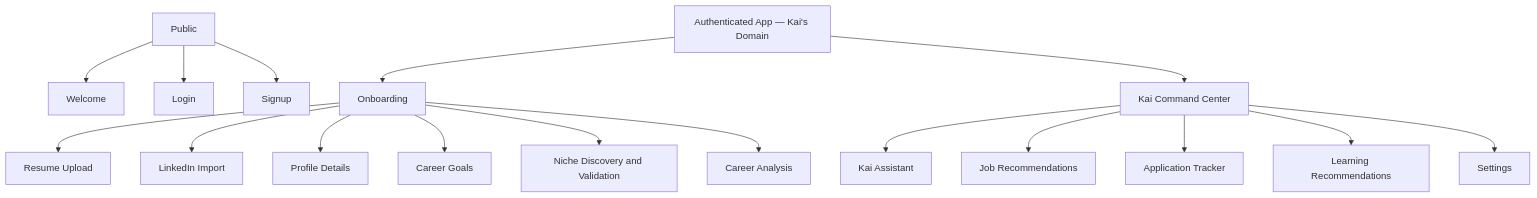
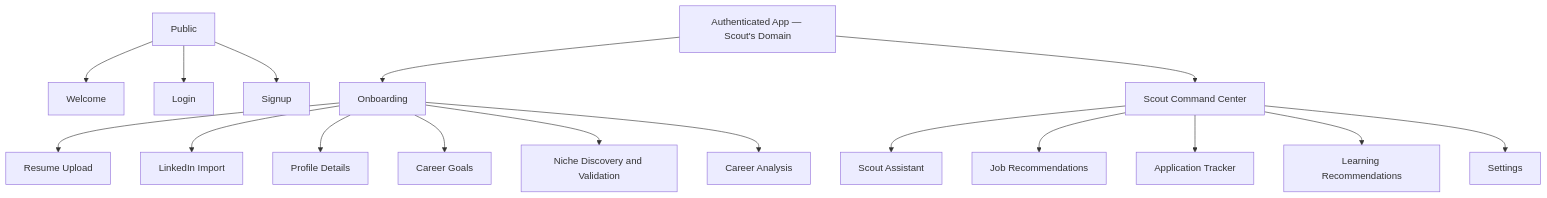
The diagram in docs/MVP_UI_SITEMAP.md (Mirzzie/Fadi), drawn with Mermaid before and after one commit. The commit also changed other lines of this file and 142 other files, not shown here.

First line of the commit message:
feat!: rename Kai → Scout — the agent that finds what's ahead of you

````diff
--- a/docs/MVP_UI_SITEMAP.md
+++ b/docs/MVP_UI_SITEMAP.md
@@ -9,23 +9,23 @@
 ```mermaid
 flowchart TD
     Public[Public]
     Public --> Welcome[Welcome]
     Public --> Login[Login]
     Public --> Signup[Signup]
 
-    App[Authenticated App — Kai's Domain]
+    App[Authenticated App — Scout's Domain]
     App --> Onboarding[Onboarding]
     Onboarding --> Resume[Resume Upload]
     Onboarding --> LinkedIn[LinkedIn Import]
     Onboarding --> Profile[Profile Details]
     Onboarding --> Goals[Career Goals]
     Onboarding --> Niche[Niche Discovery and Validation]
     Onboarding --> Analysis[Career Analysis]
 
-    App --> Dashboard[Kai Command Center]
-    Dashboard --> Assistant[Kai Assistant]
+    App --> Dashboard[Scout Command Center]
+    Dashboard --> Assistant[Scout Assistant]
     Dashboard --> Jobs[Job Recommendations]
     Dashboard --> Applications[Application Tracker]
     Dashboard --> Learning[Learning Recommendations]
     Dashboard --> Settings[Settings]
 ```
````
